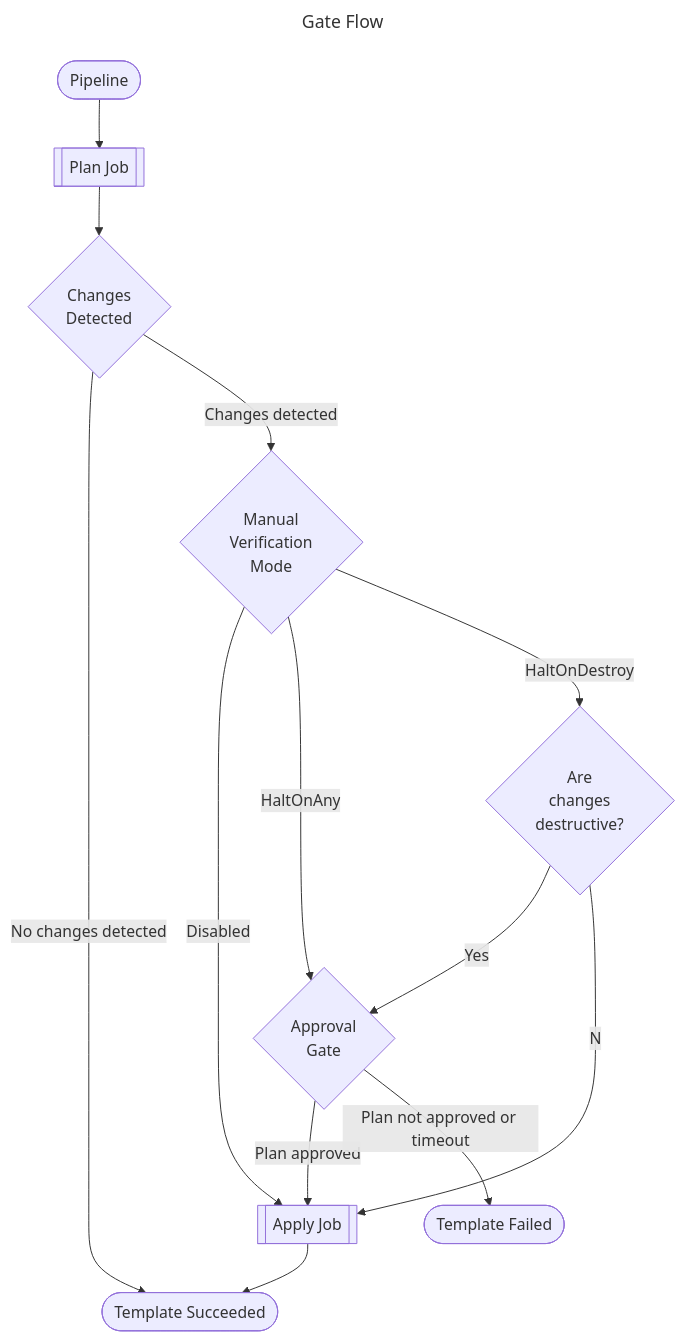
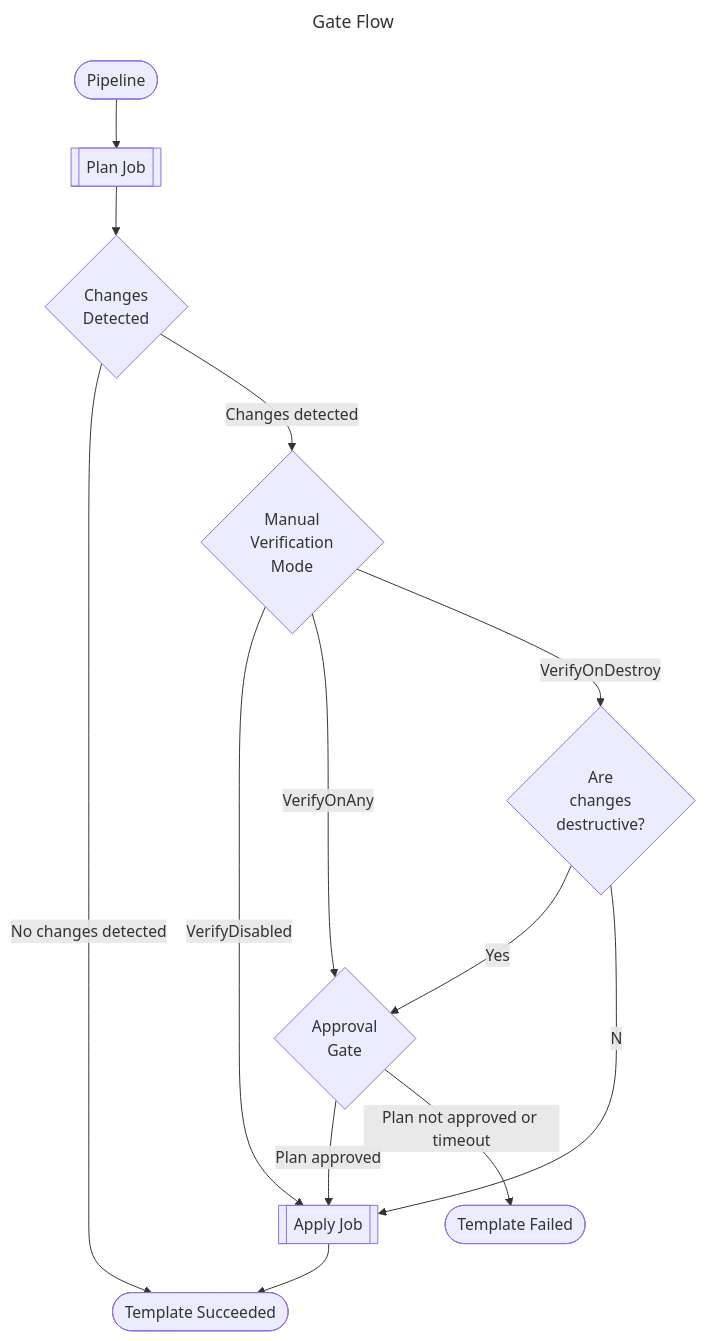
Before and after one commit to UKHO/devops-gated-infrastructure-deploy: the diagram in docs/how-does-this-template-work.md, drawn with Mermaid. The commit also changed other lines of this file and 6 other files, not shown here.

````diff
--- a/docs/how-does-this-template-work.md
+++ b/docs/how-does-this-template-work.md
@@ -13,28 +13,28 @@
 ```mermaid
 ---
 title: Gate Flow
 ---
 flowchart TD
     pipeline([Pipeline])
     plan[[Plan Job]]
     changes{Changes<br>Detected}
     mode{Manual<br>Verification<br>Mode}
     gate{Approval<br>Gate}
     destroy{Are<br>changes<br>destructive?}
     apply[[Apply Job]]
     succeeded([Template Succeeded])
     failed([Template Failed])
 
     pipeline-->plan
     plan-->changes
     changes--No changes detected-->succeeded
     changes--Changes detected-->mode
-    mode--Disabled-->apply
-    mode--HaltOnAny-->gate
-    mode--HaltOnDestroy-->destroy
+    mode--VerifyDisabled-->apply
+    mode--VerifyOnAny-->gate
+    mode--VerifyOnDestroy-->destroy
     destroy--Yes-->gate
     destroy--No-->apply
     gate--Plan approved-->apply
     gate--Plan not approved or timeout-->failed
     apply-->succeeded
 ```
````
